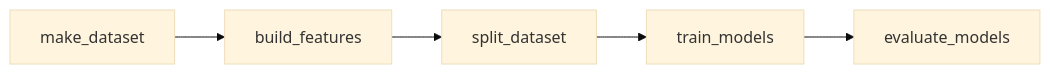
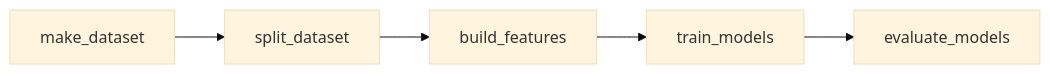
Before and after one commit to csanry/aml: the first of 2 diagrams in README.md, drawn with Mermaid (base theme). The commit also changed other lines of this file, not shown here.

````diff
--- a/README.md
+++ b/README.md
@@ -32,4 +32,4 @@
 ```mermaid
 graph LR;    
-   make_dataset --> build_features --> split_dataset --> train_models --> evaluate_models
+   make_dataset --> split_dataset --> build_features --> train_models --> evaluate_models
 ```
````
